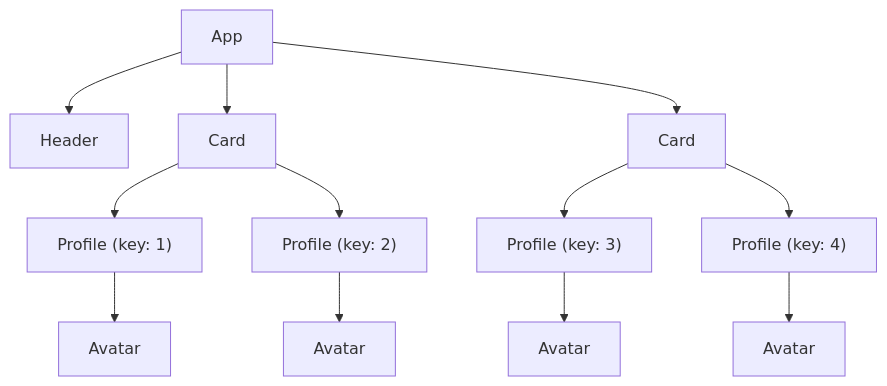
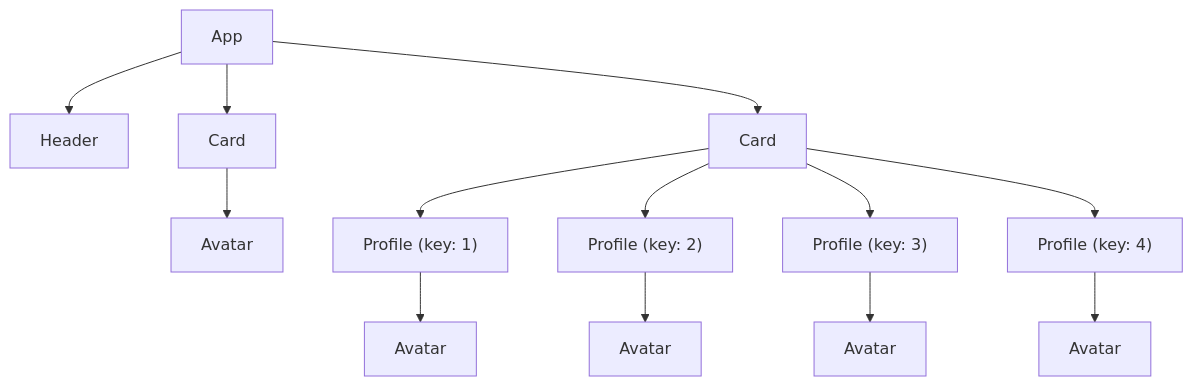
The first of 2 diagrams in lab-2/README.md (Anarenaa/react-labs), drawn with Mermaid before and after one commit. The commit also changed other lines of this file, not shown here.

````diff
--- a/lab-2/README.md
+++ b/lab-2/README.md
@@ -25,17 +25,18 @@
 ```mermaid
 graph TD;
     App --> Header;
     App --> Card1[Card];
     App --> Card2[Card];
 
-    Card1 --> Profile1["Profile (key: 1)"];
-    Card1 --> Profile2["Profile (key: 2)"];
+    Card1 --> Avatar;
 
+    Card2 --> Profile1["Profile (key: 1)"];
+    Card2 --> Profile2["Profile (key: 2)"];
     Card2 --> Profile3["Profile (key: 3)"];
     Card2 --> Profile4["Profile (key: 4)"];
 
     Profile1 --> Avatar1[Avatar];
     Profile2 --> Avatar2[Avatar];
     Profile3 --> Avatar3[Avatar];
     Profile4 --> Avatar4[Avatar];
 ```
````
